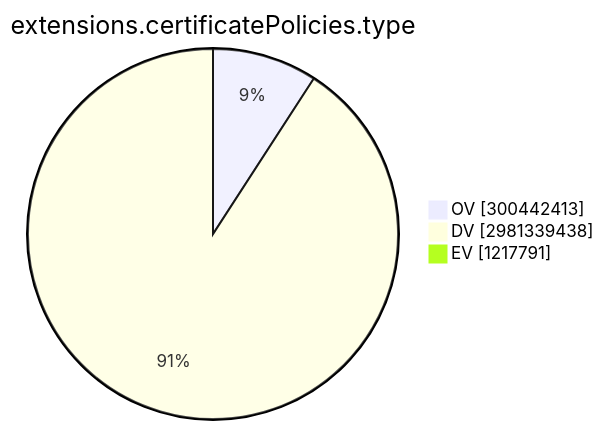
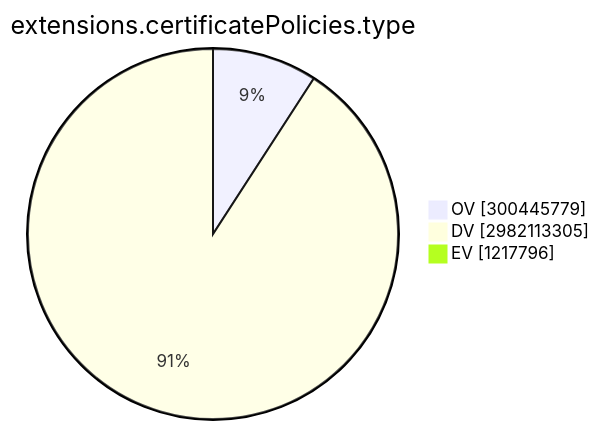
One commit to christiankrug/ctmonitor_visualization changed the ninth of 15 diagrams in TOTAL/README.md. Above: the diagram before and after it, drawn with Mermaid. The commit also changed other lines of this file, not shown here.

````diff
--- a/TOTAL/README.md
+++ b/TOTAL/README.md
@@ -3101,7 +3101,7 @@
 ```mermaid
 pie showData
 title extensions.certificatePolicies.type
-"OV" :300442413
-"DV" :2981339438
-"EV" :1217791
+"OV" :300445779
+"DV" :2982113305
+"EV" :1217796
 ```
````
